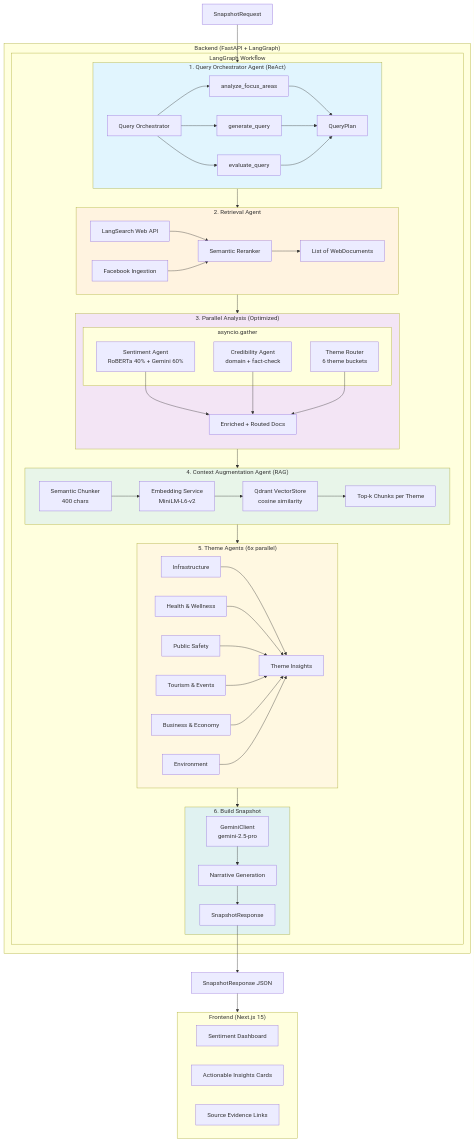
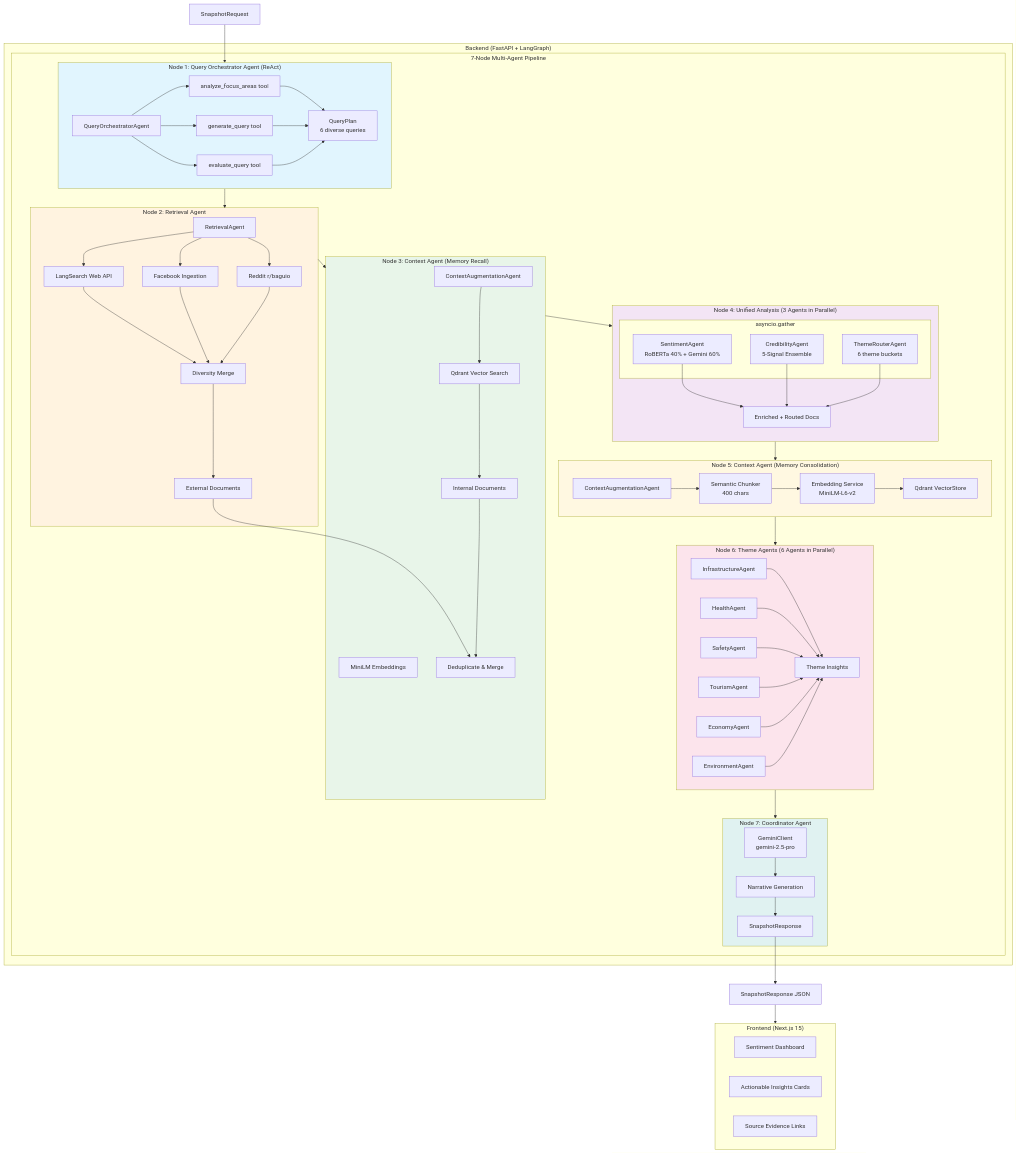
Before and after one commit to donyelqt/Hinaing: the first of 3 diagrams in docs/ARCHITECTURE.md, drawn with Mermaid. The commit also changed other lines of this file and 6 other files, not shown here.

First line of the commit message:
docs: Update architecture documentation with 7-node self-learning pipeline and LLM model refinements

````diff
--- a/docs/ARCHITECTURE.md
+++ b/docs/ARCHITECTURE.md
@@ -38,58 +86,72 @@
     end
 
     subgraph Backend["Backend (FastAPI + LangGraph)"]
-        subgraph Workflow["LangGraph Workflow"]
+        subgraph Workflow["7-Node Multi-Agent Pipeline"]
             
-            subgraph Stage1["1. Query Orchestrator Agent (ReAct)"]
-                QO[Query Orchestrator]
-                T1[analyze_focus_areas]
-                T2[generate_query]
-                T3[evaluate_query]
+            subgraph Node1["Node 1: Query Orchestrator Agent (ReAct)"]
+                QO[QueryOrchestratorAgent]
+                T1[analyze_focus_areas tool]
+                T2[generate_query tool]
+                T3[evaluate_query tool]
                 QO --> T1 & T2 & T3
-                QP[QueryPlan]
+                QP[QueryPlan<br/>6 diverse queries]
                 T1 & T2 & T3 --> QP
             end
 
-            subgraph Stage2["2. Retrieval Agent"]
+            subgraph Node2["Node 2: Retrieval Agent"]
+                RA[RetrievalAgent]
                 LS[LangSearch Web API]
                 FB[Facebook Ingestion]
-                RR[Semantic Reranker]
-                LS & FB --> RR
-                Docs[List of WebDocuments]
-                RR --> Docs
+                RD[Reddit r/baguio]
+                RA --> LS & FB & RD
+                RR[Diversity Merge]
+                LS & FB & RD --> RR
+                ExtDocs[External Documents]
+                RR --> ExtDocs
             end
 
-            subgraph Stage3["3. Parallel Analysis (Optimized)"]
+            subgraph Node3["Node 3: Context Agent (Memory Recall)"]
+                CTX[ContextAugmentationAgent]
+                VS1[Qdrant Vector Search]
+                EM1[MiniLM Embeddings]
+                CTX --> VS1
+                IntDocs[Internal Documents]
+                VS1 --> IntDocs
+                Merge[Deduplicate & Merge]
+                ExtDocs --> Merge
+                IntDocs --> Merge
+            end
+
+            subgraph Node4["Node 4: Unified Analysis (3 Agents in Parallel)"]
                 direction TB
                 subgraph Parallel["asyncio.gather"]
-                    SA[Sentiment Agent<br/>RoBERTa 40% + Gemini 60%]
-                    CA[Credibility Agent<br/>domain + fact-check]
-                    TR[Theme Router<br/>6 theme buckets]
+                    SA[SentimentAgent<br/>RoBERTa 40% + Gemini 60%]
+                    CA[CredibilityAgent<br/>5-Signal Ensemble]
+                    TR[ThemeRouterAgent<br/>6 theme buckets]
                 end
                 SA & CA & TR --> ED[Enriched + Routed Docs]
             end
 
-            subgraph Stage4["4. Context Augmentation Agent (RAG)"]
+            subgraph Node5["Node 5: Context Agent (Memory Consolidation)"]
+                CTX2[ContextAugmentationAgent]
                 SC[Semantic Chunker<br/>400 chars]
                 ES[Embedding Service<br/>MiniLM-L6-v2]
-                VS[Qdrant VectorStore<br/>cosine similarity]
-                SC --> ES --> VS
-                TK[Top-k Chunks per Theme]
-                VS --> TK
+                VS2[Qdrant VectorStore]
+                CTX2 --> SC --> ES --> VS2
             end
 
-            subgraph Stage5["5. Theme Agents (6x parallel)"]
-                TH1[Infrastructure]
-                TH2[Health & Wellness]
-                TH3[Public Safety]
-                TH4[Tourism & Events]
-                TH5[Business & Economy]
-                TH6[Environment]
+            subgraph Node6["Node 6: Theme Agents (6 Agents in Parallel)"]
+                TH1[InfrastructureAgent]
+                TH2[HealthAgent]
+                TH3[SafetyAgent]
+                TH4[TourismAgent]
+                TH5[EconomyAgent]
+                TH6[EnvironmentAgent]
                 TI[Theme Insights]
                 TH1 & TH2 & TH3 & TH4 & TH5 & TH6 --> TI
             end
 
-            subgraph Stage6["6. Build Snapshot"]
+            subgraph Node7["Node 7: Coordinator Agent"]
                 GC[GeminiClient<br/>gemini-2.5-pro]
                 NR[Narrative Generation]
                 GC --> NR
@@ -97,18 +159,20 @@
                 NR --> SR
             end
 
-            Stage1 --> Stage2 --> Stage3 --> Stage4 --> Stage5 --> Stage6
+            Node1 --> Node2 --> Node3 --> Node4
+            Node4 --> Node5 --> Node6 --> Node7
         end
     end
 
-    Request[SnapshotRequest] --> Stage1
+    Request[SnapshotRequest] --> Node1
     SR --> Response[SnapshotResponse JSON]
     Response --> Frontend
 
-    style Stage1 fill:#e1f5fe
-    style Stage2 fill:#fff3e0
-    style Stage3 fill:#f3e5f5
-    style Stage4 fill:#e8f5e9
-    style Stage5 fill:#fff8e1
-    style Stage6 fill:#e0f2f1
+    style Node1 fill:#e1f5fe
+    style Node2 fill:#fff3e0
+    style Node3 fill:#e8f5e9
+    style Node4 fill:#f3e5f5
+    style Node5 fill:#fff8e1
+    style Node6 fill:#fce4ec
+    style Node7 fill:#e0f2f1
 ```
````
